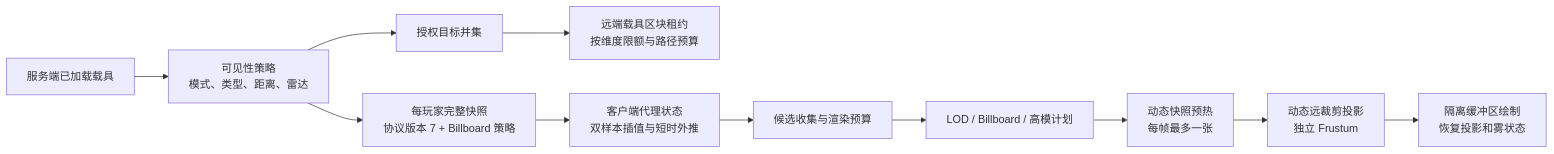
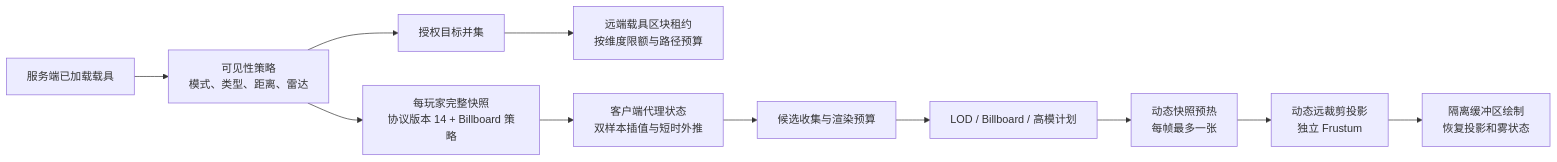
One commit to TV90/limitless-vehicle-rvp-addon changed the diagram in docs/RVP载具渲染/RVP_载具实体超远距离渲染技术文档与调参指南_20260818.md. Above: the diagram before and after it, drawn with Mermaid. The commit also changed other lines of this file and 7 other files, not shown here.

````diff
--- a/docs/RVP载具渲染/RVP_载具实体超远距离渲染技术文档与调参指南_20260818.md
+++ b/docs/RVP载具渲染/RVP_载具实体超远距离渲染技术文档与调参指南_20260818.md
@@ -94,13 +94,13 @@
 ```mermaid
 flowchart LR
     A["服务端已加载载具"] --> B["可见性策略\n模式、类型、距离、雷达"]
-    B --> C["每玩家完整快照\n协议版本 7 + Billboard 策略"]
+    B --> C["每玩家完整快照\n协议版本 14 + Billboard 策略"]
     B --> D["授权目标并集"]
     D --> E["远端载具区块租约\n按维度限额与路径预算"]
     C --> F["客户端代理状态\n双样本插值与短时外推"]
     F --> G["候选收集与渲染预算"]
     G --> H["LOD / Billboard / 高模计划"]
     H --> I["动态快照预热\n每帧最多一张"]
     I --> J["动态远裁剪投影\n独立 Frustum"]
     J --> K["隔离缓冲区绘制\n恢复投影和雾状态"]
 ```
````
